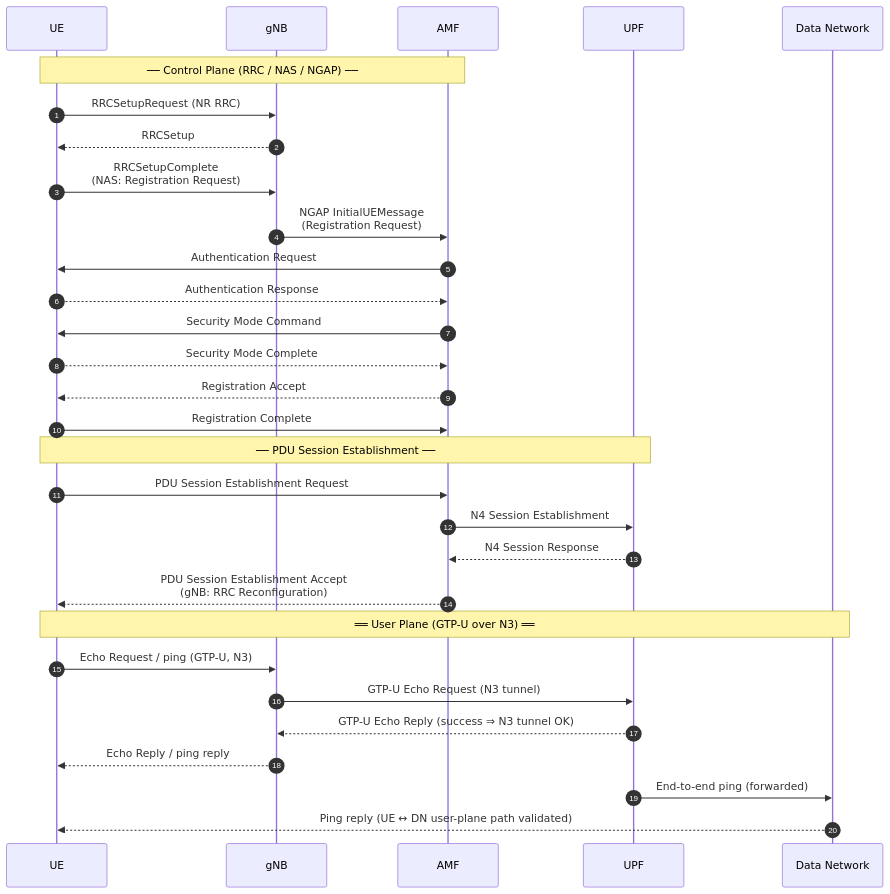
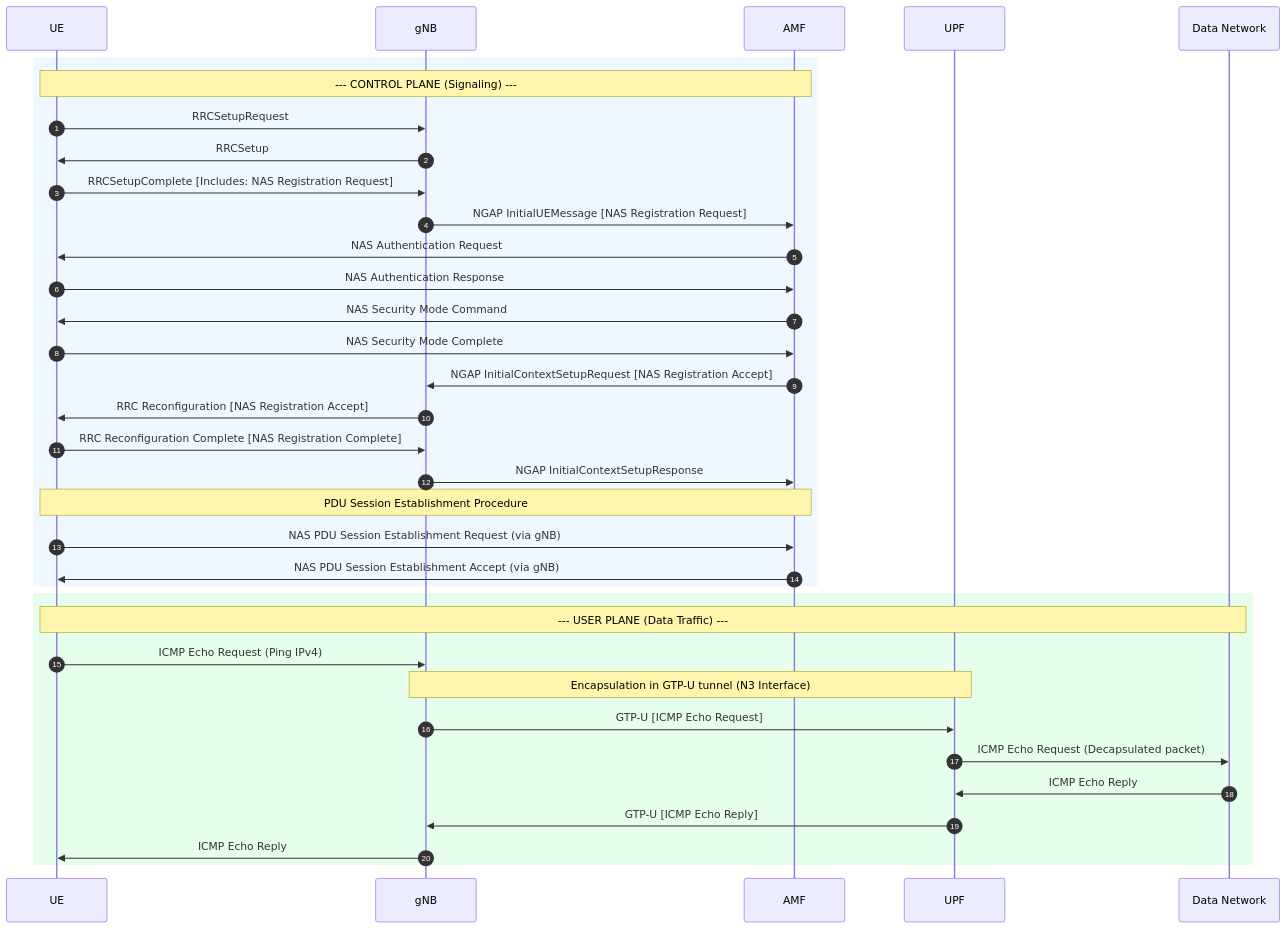
The second of 2 diagrams in Lab1 - Analyzing UE–gNB Connectivity in an OAI 5G SA Network/report.md (lulubinbin/WC-2026-E11502007-Lubin), drawn with Mermaid before and after one commit.

Commit message:
Refactor sequence diagram for UE-gNB connectivity
Updated sequence diagram for UE-gNB connectivity to enhance clarity and structure.

````diff
--- a/Lab1 - Analyzing UE–gNB Connectivity in an OAI 5G SA Network/report.md
+++ b/Lab1 - Analyzing UE–gNB Connectivity in an OAI 5G SA Network/report.md
@@ -367,40 +367,53 @@
 ```mermaid
 sequenceDiagram
     autonumber
-    participant UE
-    participant gNB
-    participant AMF
-    participant UPF
+    
+    participant UE as UE
+    participant gNB as gNB
+    participant AMF as AMF
+    participant UPF as UPF
     participant DN as Data Network
 
-    Note over UE,AMF: ── Control Plane (RRC / NAS / NGAP) ──
+    rect rgb(240, 248, 255)
+    note over UE, AMF: --- CONTROL PLANE (Signaling) ---
+    
+    %% RRC Connection Establishment
+    UE->>gNB: RRCSetupRequest
+    gNB->>UE: RRCSetup
+    UE->>gNB: RRCSetupComplete [Includes: NAS Registration Request]
+    
+    %% Transfer to Core Network
+    gNB->>AMF: NGAP InitialUEMessage [NAS Registration Request]
+    
+    %% Security and Authentication
+    AMF->>UE: NAS Authentication Request
+    UE->>AMF: NAS Authentication Response
+    AMF->>UE: NAS Security Mode Command
+    UE->>AMF: NAS Security Mode Complete
+    
+    %% Registration Acceptance
+    AMF->>gNB: NGAP InitialContextSetupRequest [NAS Registration Accept]
+    gNB->>UE: RRC Reconfiguration [NAS Registration Accept]
+    UE->>gNB: RRC Reconfiguration Complete [NAS Registration Complete]
+    gNB->>AMF: NGAP InitialContextSetupResponse
+    
+    %% PDU Session Establishment
+    note over UE, AMF: PDU Session Establishment Procedure
+    UE->>AMF: NAS PDU Session Establishment Request (via gNB)
+    AMF->>UE: NAS PDU Session Establishment Accept (via gNB)
+    end
 
-    UE->>gNB: RRCSetupRequest (NR RRC)
-    gNB-->>UE: RRCSetup
-    UE->>gNB: RRCSetupComplete<br/>(NAS: Registration Request)
-    gNB->>AMF: NGAP InitialUEMessage<br/>(Registration Request)
-
-    AMF->>UE: Authentication Request
-    UE-->>AMF: Authentication Response
-    AMF->>UE: Security Mode Command
-    UE-->>AMF: Security Mode Complete
-
-    AMF-->>UE: Registration Accept
-    UE->>AMF: Registration Complete
-
-    Note over UE,UPF: ── PDU Session Establishment ──
-
-    UE->>AMF: PDU Session Establishment Request
-    AMF->>UPF: N4 Session Establishment
-    UPF-->>AMF: N4 Session Response
-    AMF-->>UE: PDU Session Establishment Accept<br/>(gNB: RRC Reconfiguration)
-
-    Note over UE,DN: ══ User Plane (GTP-U over N3) ══
-
-    UE->>gNB: Echo Request / ping (GTP-U, N3)
-    gNB->>UPF: GTP-U Echo Request (N3 tunnel)
-    UPF-->>gNB: GTP-U Echo Reply (success ⇒ N3 tunnel OK)
-    gNB-->>UE: Echo Reply / ping reply
-    UPF->>DN: End-to-end ping (forwarded)
-    DN-->>UE: Ping reply (UE ↔ DN user-plane path validated)
+    rect rgb(230, 255, 236)
+    note over UE, DN: --- USER PLANE (Data Traffic) ---
+    
+    %% Test Traffic (Ping)
+    UE->>gNB: ICMP Echo Request (Ping IPv4)
+    note over gNB, UPF: Encapsulation in GTP-U tunnel (N3 Interface)
+    gNB->>UPF: GTP-U [ICMP Echo Request]
+    UPF->>DN: ICMP Echo Request (Decapsulated packet)
+    
+    DN->>UPF: ICMP Echo Reply
+    UPF->>gNB: GTP-U [ICMP Echo Reply]
+    gNB->>UE: ICMP Echo Reply
+    end
 ```
````
